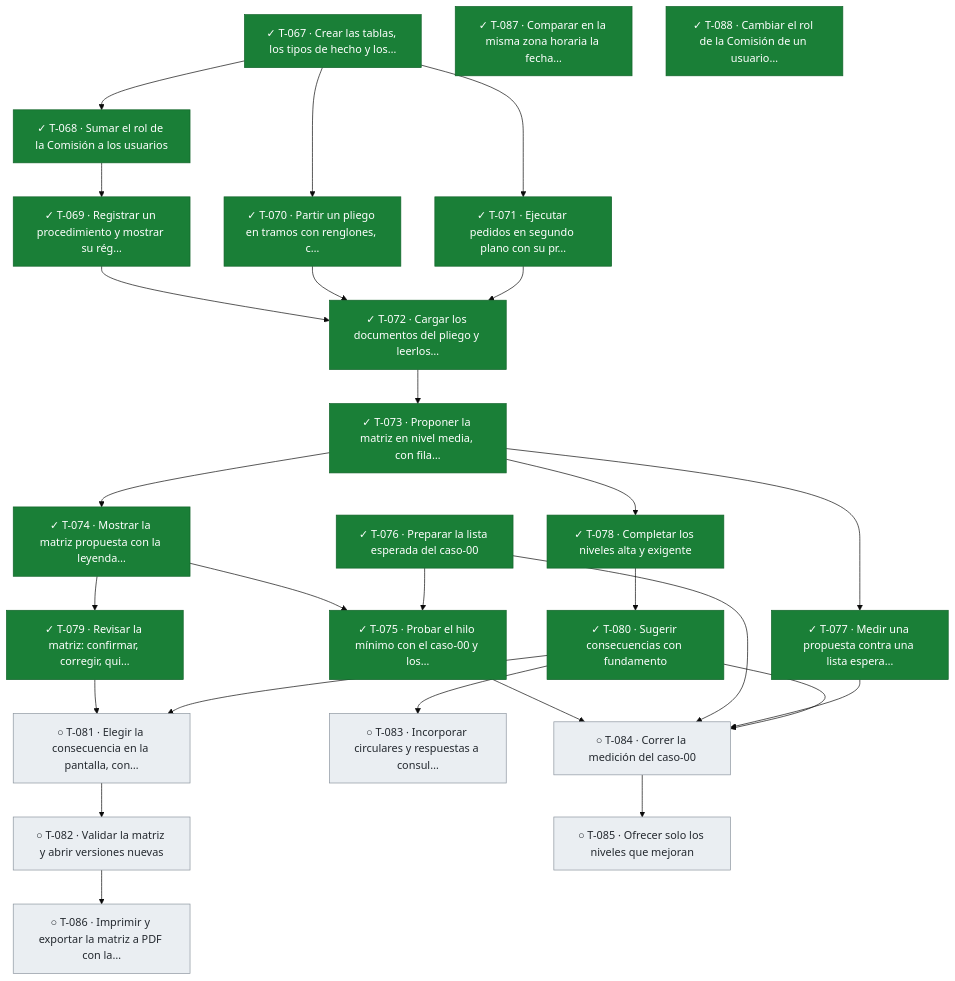
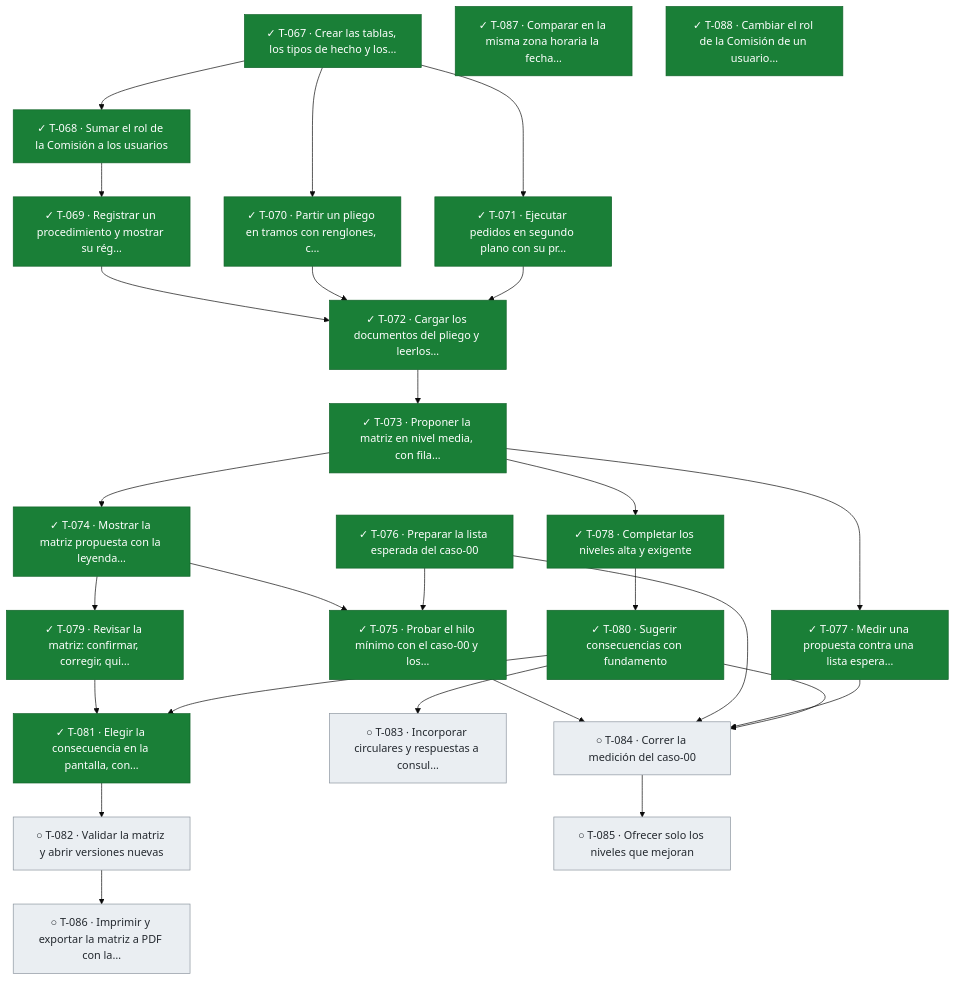
The fifth of 5 diagrams in docs/tablero.md (snavello/EVALUON), drawn with Mermaid (base theme) before and after one commit. The commit also changed other lines of this file and 1 other file, not shown here.

````diff
--- a/docs/tablero.md
+++ b/docs/tablero.md
@@ -401,55 +401,55 @@
 ```mermaid
 flowchart TD
   T067["✓ T-067 · Crear las tablas, los tipos de hecho y los…"]:::done
   T068["✓ T-068 · Sumar el rol de la Comisión a los usuarios"]:::done
   T069["✓ T-069 · Registrar un procedimiento y mostrar su rég…"]:::done
   T070["✓ T-070 · Partir un pliego en tramos con renglones, c…"]:::done
   T071["✓ T-071 · Ejecutar pedidos en segundo plano con su pr…"]:::done
   T072["✓ T-072 · Cargar los documentos del pliego y leerlos…"]:::done
   T073["✓ T-073 · Proponer la matriz en nivel media, con fila…"]:::done
   T074["✓ T-074 · Mostrar la matriz propuesta con la leyenda…"]:::done
   T075["✓ T-075 · Probar el hilo mínimo con el caso-00 y los…"]:::done
   T076["✓ T-076 · Preparar la lista esperada del caso-00"]:::done
   T077["✓ T-077 · Medir una propuesta contra una lista espera…"]:::done
   T078["✓ T-078 · Completar los niveles alta y exigente"]:::done
   T079["✓ T-079 · Revisar la matriz: confirmar, corregir, qui…"]:::done
   T080["✓ T-080 · Sugerir consecuencias con fundamento"]:::done
-  T081["○ T-081 · Elegir la consecuencia en la pantalla, con…"]:::todo
+  T081["✓ T-081 · Elegir la consecuencia en la pantalla, con…"]:::done
   T082["○ T-082 · Validar la matriz y abrir versiones nuevas"]:::todo
   T083["○ T-083 · Incorporar circulares y respuestas a consul…"]:::todo
   T084["○ T-084 · Correr la medición del caso-00"]:::todo
   T085["○ T-085 · Ofrecer solo los niveles que mejoran"]:::todo
   T086["○ T-086 · Imprimir y exportar la matriz a PDF con la…"]:::todo
   T087["✓ T-087 · Comparar en la misma zona horaria la fecha…"]:::done
   T088["✓ T-088 · Cambiar el rol de la Comisión de un usuario…"]:::done
   T067 --> T068
   T068 --> T069
   T067 --> T070
   T067 --> T071
   T069 --> T072
   T070 --> T072
   T071 --> T072
   T072 --> T073
   T073 --> T074
   T074 --> T075
   T076 --> T075
   T073 --> T077
   T073 --> T078
   T074 --> T079
   T078 --> T080
   T079 --> T081
   T080 --> T081
   T081 --> T082
   T080 --> T083
   T075 --> T084
   T076 --> T084
   T077 --> T084
   T080 --> T084
   T084 --> T085
   T082 --> T086
   classDef done fill:#1a7f37,stroke:#116329,color:#ffffff
   classDef review fill:#0969da,stroke:#0550ae,color:#ffffff
   classDef active fill:#bf8700,stroke:#7d4e00,color:#ffffff
   classDef blocked fill:#cf222e,stroke:#a40e26,color:#ffffff
   classDef todo fill:#eaeef2,stroke:#8c959f,color:#24292f
 ```
````
